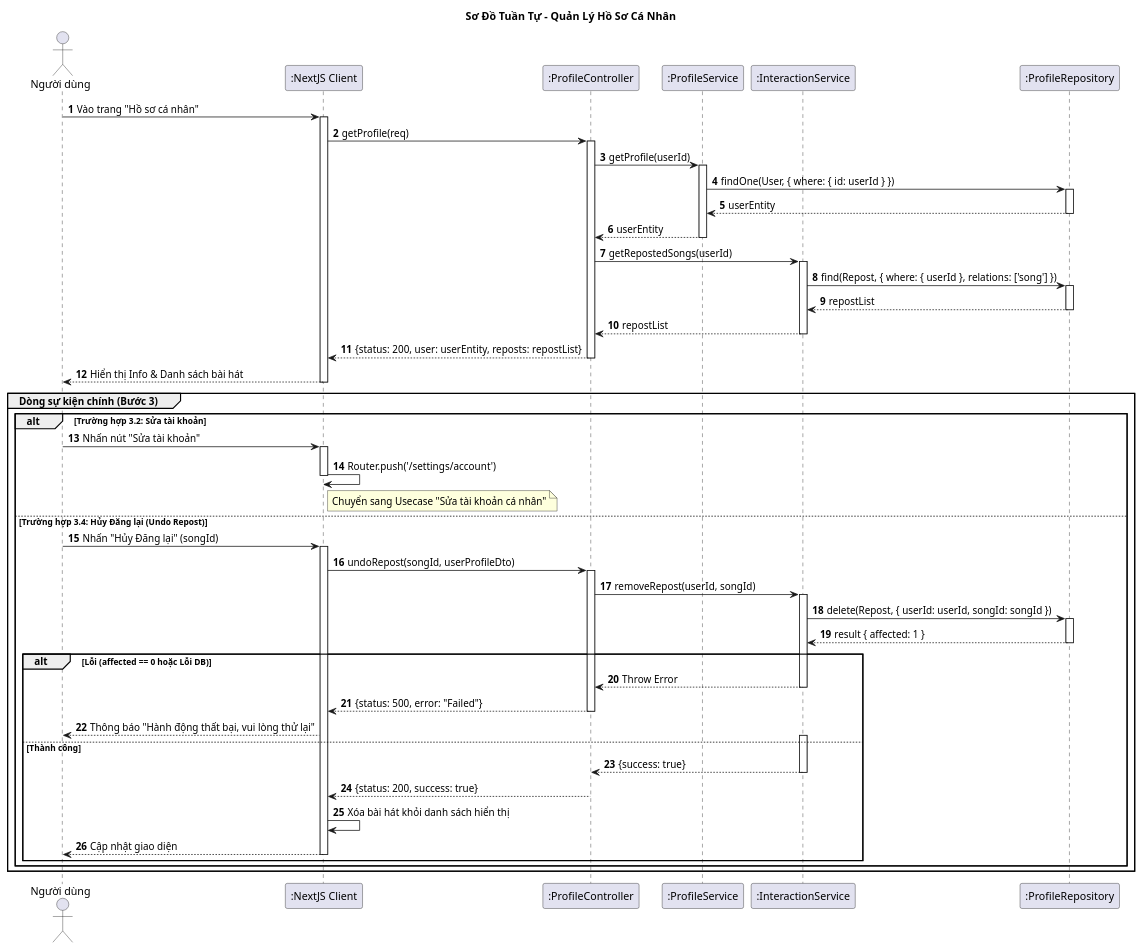
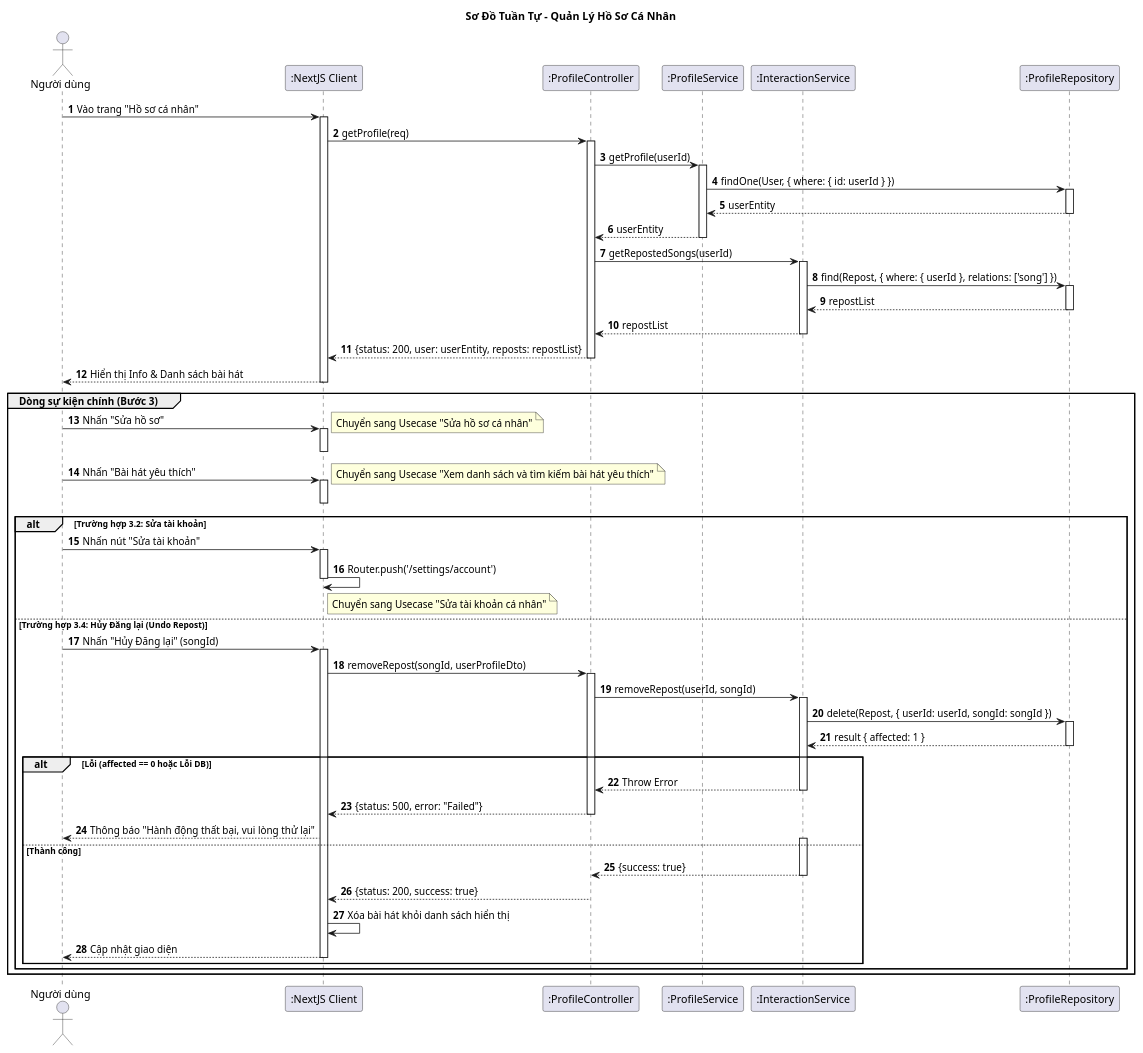
One commit to vinh047/soundwave changed the diagram in Diagrams/SequenceDiagram/ManageProfileSD.plantuml. Above: the diagram before and after it, drawn with PlantUML. The commit also changed 13 other files, not shown here.

Commit message:
Update: Sửa Class Diagram thành mức phân tích

```diff
--- a/Diagrams/SequenceDiagram/ManageProfileSD.plantuml
+++ b/Diagrams/SequenceDiagram/ManageProfileSD.plantuml
@@ -1,102 +1,114 @@
 @startuml Sequence Diagram - Quản Lý Hồ Sơ Cá Nhân 
 
 title Sơ Đồ Tuần Tự - Quản Lý Hồ Sơ Cá Nhân 
 
 actor "Người dùng" as User
 participant ":NextJS Client" as UI
 participant ":ProfileController" as Controller
 participant ":ProfileService" as ProfileService
-participant ":InteractionService" as InterService
+participant ":InteractionService" as InteractionService
 participant ":ProfileRepository" as DB
 
 autonumber
 
 ' === BƯỚC 1 & 2: TẢI GIAO DIỆN ===
 User -> UI: Vào trang "Hồ sơ cá nhân"
 activate UI
 UI -> Controller: getProfile(req)
 activate Controller
 
 ' 1. Lấy thông tin cá nhân
 Controller -> ProfileService: getProfile(userId)
 activate ProfileService
 ProfileService -> DB: findOne(User, { where: { id: userId } })
 activate DB
 DB --> ProfileService: userEntity
 deactivate DB
 ProfileService --> Controller: userEntity
 deactivate ProfileService
 
 ' 2. Lấy danh sách bài hát đã Repost
-Controller -> InterService: getRepostedSongs(userId)
-activate InterService
-InterService -> DB: find(Repost, { where: { userId }, relations: ['song'] })
+Controller -> InteractionService: getRepostedSongs(userId)
+activate InteractionService
+InteractionService -> DB: find(Repost, { where: { userId }, relations: ['song'] })
 activate DB
-DB --> InterService: repostList
+DB --> InteractionService: repostList
 deactivate DB
-InterService --> Controller: repostList
-deactivate InterService
+InteractionService --> Controller: repostList
+deactivate InteractionService
 
 ' Trả về UI
 Controller --> UI: {status: 200, user: userEntity, reposts: repostList}
 deactivate Controller
 
 UI --> User: Hiển thị Info & Danh sách bài hát
 deactivate UI
 
 ' === BƯỚC 3: NGƯỜI DÙNG LỰA CHỌN CHỨC NĂNG ===
 group Dòng sự kiện chính (Bước 3)
+
+    ' === KỊCH BẢN 3.1: Sửa hồ sơ cá nhân ===
+    User -> UI: Nhấn "Sửa hồ sơ"
+    activate UI
+    note right: Chuyển sang Usecase "Sửa hồ sơ cá nhân"
+    deactivate UI
+
+    ' === KỊCH BẢN 3.3: Xem danh sách và tìm kiếm bài hát yêu thích ===
+    User -> UI: Nhấn "Bài hát yêu thích"
+    activate UI
+    note right: Chuyển sang Usecase "Xem danh sách và tìm kiếm bài hát yêu thích"
+    deactivate UI
 
     ' [PHẦN MỚI THÊM]: 3.2 Sửa tài khoản
     alt Trường hợp 3.2: Sửa tài khoản
         User -> UI: Nhấn nút "Sửa tài khoản"
         activate UI
         
         ' Client tự điều hướng sang trang Edit Account
         UI -> UI: Router.push('/settings/account')
         
         note right of UI: Chuyển sang Usecase "Sửa tài khoản cá nhân"
         deactivate UI
 
     ' [PHẦN CŨ GIỮ NGUYÊN]: 3.4 Hủy đăng lại
     else Trường hợp 3.4: Hủy Đăng lại (Undo Repost)
         User -> UI: Nhấn "Hủy Đăng lại" (songId)
         activate UI
-        UI -> Controller: undoRepost(songId, userProfileDto)
+        UI -> Controller: removeRepost(songId, userProfileDto)
         activate Controller
 
         ' Gọi InteractionService
-        Controller -> InterService: removeRepost(userId, songId)
-        activate InterService
+        Controller -> InteractionService: removeRepost(userId, songId)
+        activate InteractionService
 
         ' Check quyền sở hữu & Xóa
-        InterService -> DB: delete(Repost, { userId: userId, songId: songId })
+        InteractionService -> DB: delete(Repost, { userId: userId, songId: songId })
         activate DB
-        DB --> InterService: result { affected: 1 }
+        DB --> InteractionService: result { affected: 1 }
         deactivate DB
 
         alt Lỗi (affected == 0 hoặc Lỗi DB)
-            InterService --> Controller: Throw Error
-            deactivate InterService
+            InteractionService --> Controller: Throw Error
+            deactivate InteractionService
             Controller --> UI: {status: 500, error: "Failed"}
             deactivate Controller
             
             ' [KHỚP ĐẶC TẢ 3.4.1]
             UI --> User: Thông báo "Hành động thất bại, vui lòng thử lại"
 
         else Thành công
-            activate InterService
-            InterService --> Controller: {success: true}
-            deactivate InterService
+            activate InteractionService
+            InteractionService --> Controller: {success: true}
+            deactivate InteractionService
             
             ' === BƯỚC 4: LÀM MỚI ===
             Controller --> UI: {status: 200, success: true}
             deactivate Controller
             
             UI -> UI: Xóa bài hát khỏi danh sách hiển thị
             UI --> User: Cập nhật giao diện
             deactivate UI
         end
     end
 end
 @enduml
```
